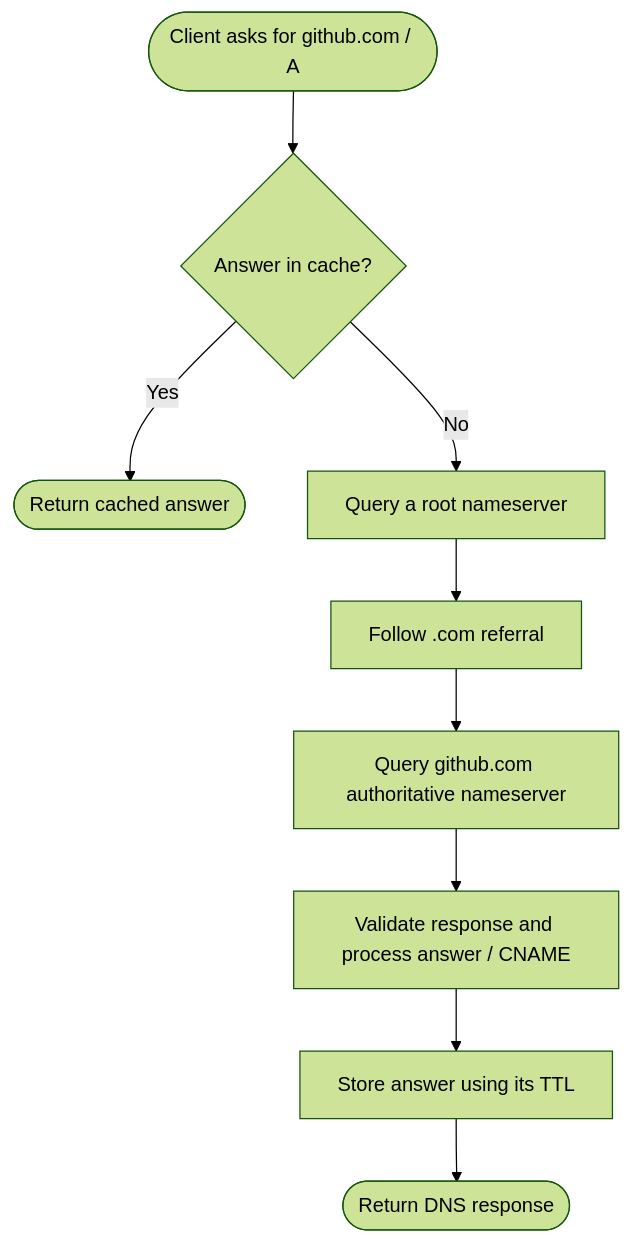
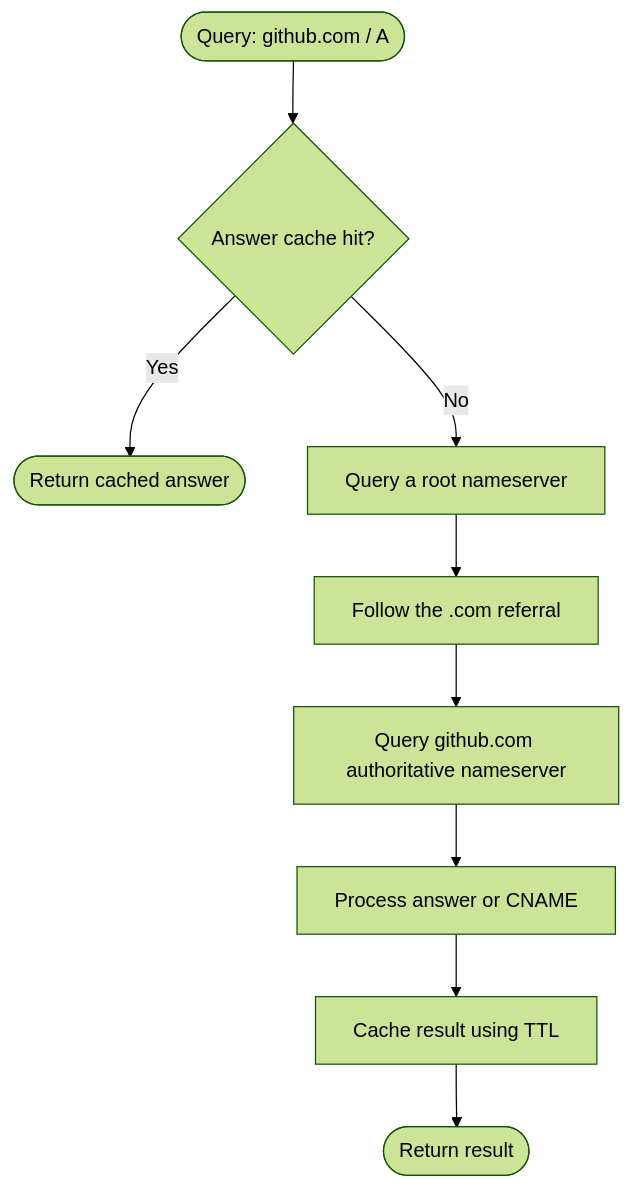
Before and after one commit to MaiCoderHoon/RootRunner: the first of 3 diagrams in README.md, drawn with Mermaid (forest theme). The commit also changed other lines of this file, not shown here.

````diff
--- a/README.md
+++ b/README.md
@@ -135,11 +123,11 @@
-~~~mermaid
+```mermaid
 flowchart TD
-    Q(["Client asks for github.com / A"]) --> C{"Answer in cache?"}
-    C -- Yes --> HIT(["Return cached answer"])
+    Q(["Query: github.com / A"]) --> C{"Answer cache hit?"}
+    C -- Yes --> H(["Return cached answer"])
     C -- No --> R["Query a root nameserver"]
-    R --> T["Follow .com referral"]
+    R --> T["Follow the .com referral"]
     T --> A["Query github.com authoritative nameserver"]
-    A --> V["Validate response and process answer / CNAME"]
-    V --> S["Store answer using its TTL"]
-    S --> OUT(["Return DNS response"])
-~~~
+    A --> V["Process answer or CNAME"]
+    V --> S["Cache result using TTL"]
+    S --> O(["Return result"])
+```
````
